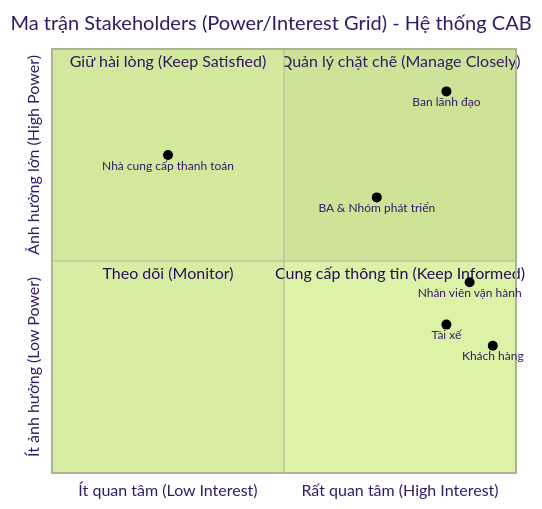
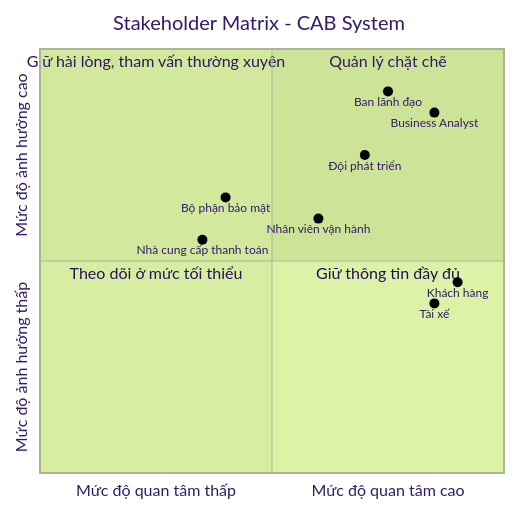
The first of 4 diagrams in SRS.md (leconghauhttt-hub/23719881_LeCongHau_cabsystem), drawn with Mermaid (forest theme) before and after one commit. The commit also changed other lines of this file, not shown here.

````diff
--- a/SRS.md
+++ b/SRS.md
@@ -93,18 +76,18 @@
 ```mermaid
 quadrantChart
-    title Ma trận Stakeholders (Power/Interest Grid) - Hệ thống CAB
-    x-axis "Ít quan tâm (Low Interest)" --> "Rất quan tâm (High Interest)"
-    y-axis "Ít ảnh hưởng (Low Power)" --> "Ảnh hưởng lớn (High Power)"
-    quadrant-1 "Quản lý chặt chẽ (Manage Closely)"
-    quadrant-2 "Giữ hài lòng (Keep Satisfied)"
-    quadrant-3 "Theo dõi (Monitor)"
-    quadrant-4 "Cung cấp thông tin (Keep Informed)"
-    
-    "Ban lãnh đạo": [0.85, 0.90]
-    "BA & Nhóm phát triển": [0.70, 0.65]
-    "Nhà cung cấp thanh toán": [0.25, 0.75]
-    "Nhân viên vận hành": [0.90, 0.45]
-    "Tài xế": [0.85, 0.35]
-    "Khách hàng": [0.95, 0.30]
-
+    title Stakeholder Matrix - CAB System
+    x-axis Mức độ quan tâm thấp --> Mức độ quan tâm cao
+    y-axis Mức độ ảnh hưởng thấp --> Mức độ ảnh hưởng cao
+    quadrant-1 Quản lý chặt chẽ
+    quadrant-2 Giữ hài lòng, tham vấn thường xuyên
+    quadrant-3 Theo dõi ở mức tối thiểu
+    quadrant-4 Giữ thông tin đầy đủ
+    Ban lãnh đạo: [0.75, 0.9]
+    Business Analyst: [0.85, 0.85]
+    Đội phát triển: [0.7, 0.75]
+    Nhân viên vận hành: [0.6, 0.6]
+    Khách hàng: [0.9, 0.45]
+    Tài xế: [0.85, 0.4]
+    Nhà cung cấp thanh toán: [0.35, 0.55]
+    Bộ phận bảo mật: [0.4, 0.65]
 ```
````
